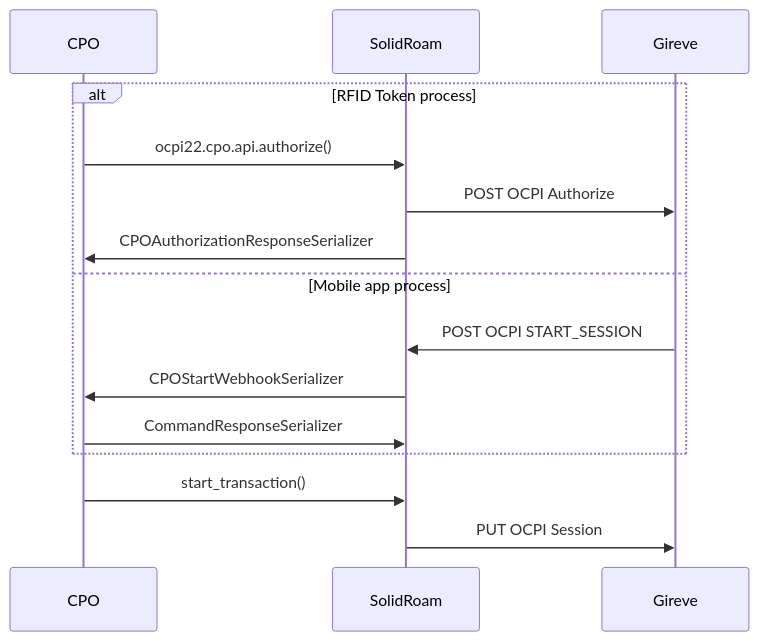
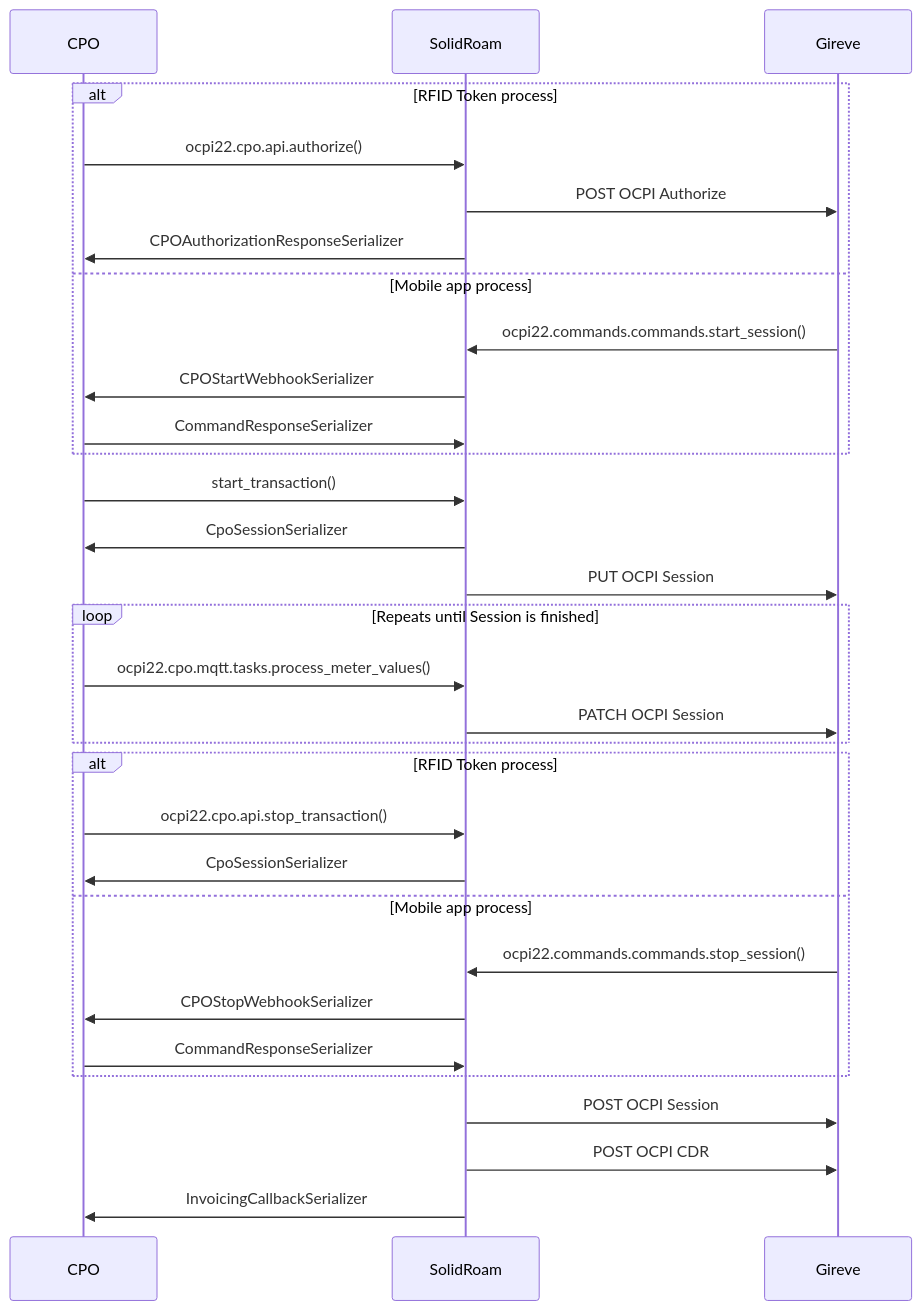
One commit to erkkiat/ocpi changed the diagram in ocpi22/cpo/readme.md. Above: the diagram before and after it, drawn with Mermaid. The commit also changed other lines of this file, not shown here.

Commit message:
Updates to documentation

````diff
--- a/ocpi22/cpo/readme.md
+++ b/ocpi22/cpo/readme.md
@@ -9,16 +9,34 @@
 ```mermaid
 sequenceDiagram
 
     alt RFID Token process
         CPO->>SolidRoam: ocpi22.cpo.api.authorize()
         SolidRoam->>Gireve: POST OCPI Authorize
         SolidRoam->>CPO: CPOAuthorizationResponseSerializer
     else Mobile app process
-        Gireve->>SolidRoam: POST OCPI START_SESSION
+        Gireve->>SolidRoam: ocpi22.commands.commands.start_session()
         SolidRoam->>CPO: CPOStartWebhookSerializer
         CPO->>SolidRoam: CommandResponseSerializer
     end
-    
+
     CPO->>SolidRoam: start_transaction()
+    SolidRoam->>CPO: CpoSessionSerializer
     SolidRoam->>Gireve: PUT OCPI Session
+    loop Repeats until Session is finished
+    CPO->>SolidRoam: ocpi22.cpo.mqtt.tasks.process_meter_values()
+    SolidRoam->>Gireve: PATCH OCPI Session
+    end
+
+    alt RFID Token process
+        CPO->>SolidRoam: ocpi22.cpo.api.stop_transaction()
+        SolidRoam->>CPO: CpoSessionSerializer
+    else Mobile app process
+        Gireve->>SolidRoam: ocpi22.commands.commands.stop_session()
+        SolidRoam->>CPO: CPOStopWebhookSerializer
+        CPO->>SolidRoam: CommandResponseSerializer
+    end
+
+    SolidRoam->>Gireve: POST OCPI Session
+    SolidRoam->>Gireve: POST OCPI CDR
+    SolidRoam->>CPO: InvoicingCallbackSerializer
 ```
````
